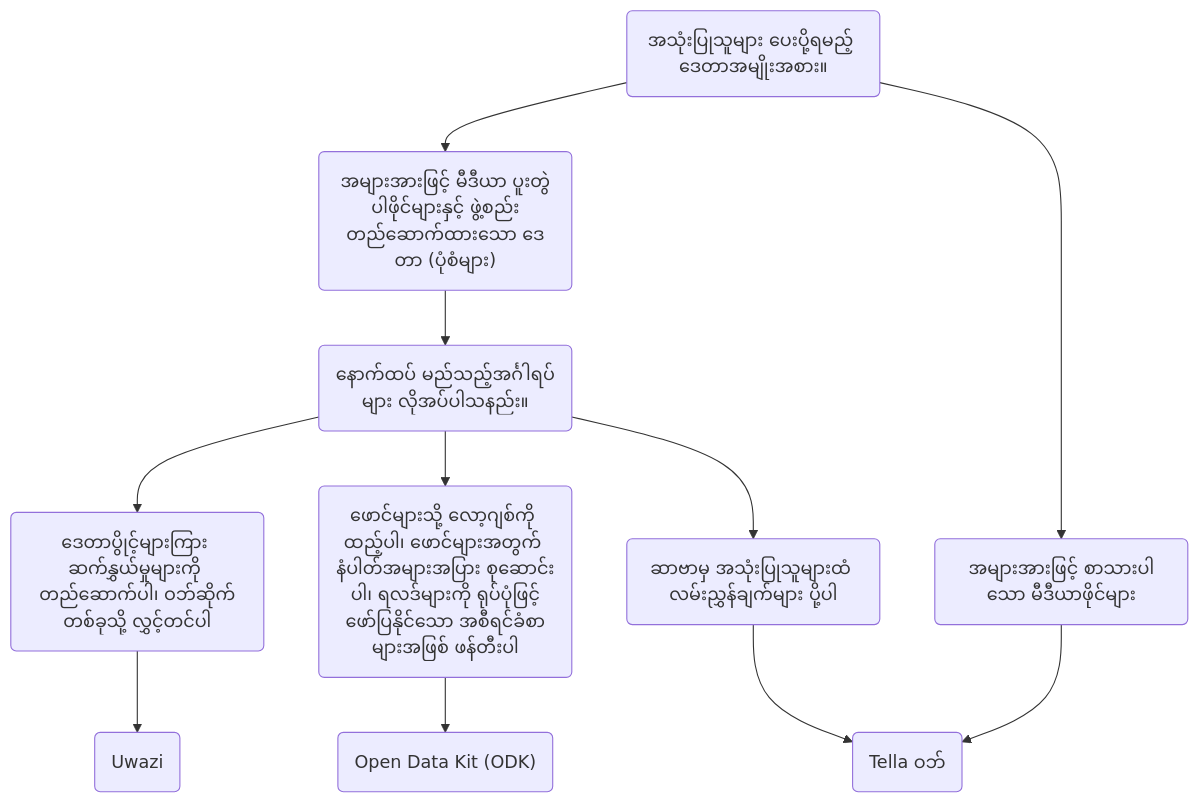
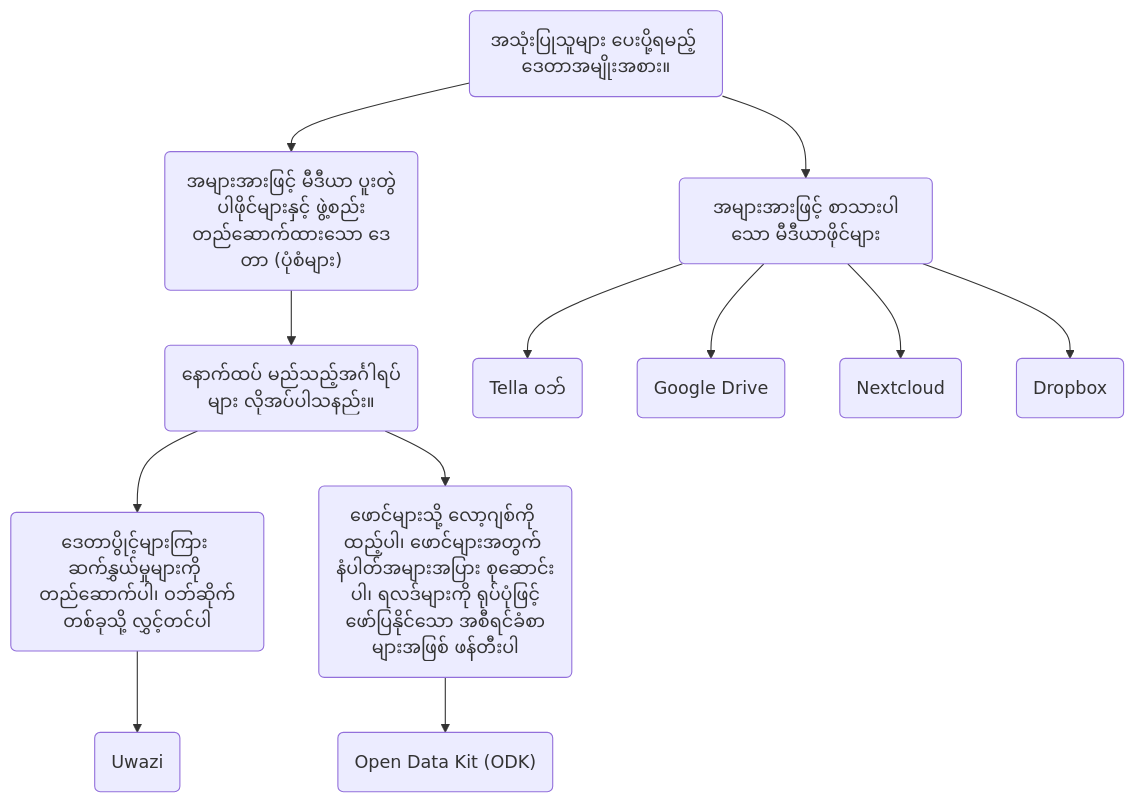
The diagram in i18n/my/docusaurus-plugin-content-docs/current/Connections/for-organizations.md (Horizontal-org/Tella-website), drawn with Mermaid before and after one commit.

Commit message:
fixed table structure, missing elements

````diff
--- a/i18n/my/docusaurus-plugin-content-docs/current/Connections/for-organizations.md
+++ b/i18n/my/docusaurus-plugin-content-docs/current/Connections/for-organizations.md
@@ -40,13 +40,14 @@
 ```mermaid
 graph TD;
     id1(အသုံးပြုသူများ ပေးပို့ရမည့် ဒေတာအမျိုးအစား။) --> id2("အများအားဖြင့် မီဒီယာ ပူးတွဲပါဖိုင်များနှင့် ဖွဲ့စည်းတည်ဆောက်ထားသော ဒေတာ (ပုံစံများ)");
     id1 --> id3("အများအားဖြင့် စာသားပါသော မီဒီယာဖိုင်များ") ;
     id2 --> id4("နောက်ထပ် မည်သည့်အင်္ဂါရပ်များ လိုအပ်ပါသနည်း။");
     id3 --> id5("Tella ဝဘ်");
+    id3 --> id11("Google Drive");
+    id3 --> id12("Nextcloud");
+    id3 --> id13("Dropbox");
     id4 --> id6("ဒေတာပွိုင့်များကြား ဆက်နွှယ်မှုများကို တည်ဆောက်ပါ၊ ဝဘ်ဆိုက်တစ်ခုသို့ လွှင့်တင်ပါ")
     id4 --> id7("ဖောင်များသို့ လော့ဂျစ်ကို ထည့်ပါ၊ ဖောင်များအတွက် နံပါတ်အများအပြား စုဆောင်းပါ၊ ရလဒ်များကို ရုပ်ပုံဖြင့်ဖော်ပြနိုင်သော အစီရင်ခံစာများအဖြစ် ဖန်တီးပါ")
-    id4 --> id10("ဆာဗာမှ အသုံးပြုသူများထံ လမ်းညွှန်ချက်များ ပို့ပါ")
     id6 --> id8("Uwazi")
     id7 --> id9("Open Data Kit (ODK)")
-    id10 -->id5
 ```
````
